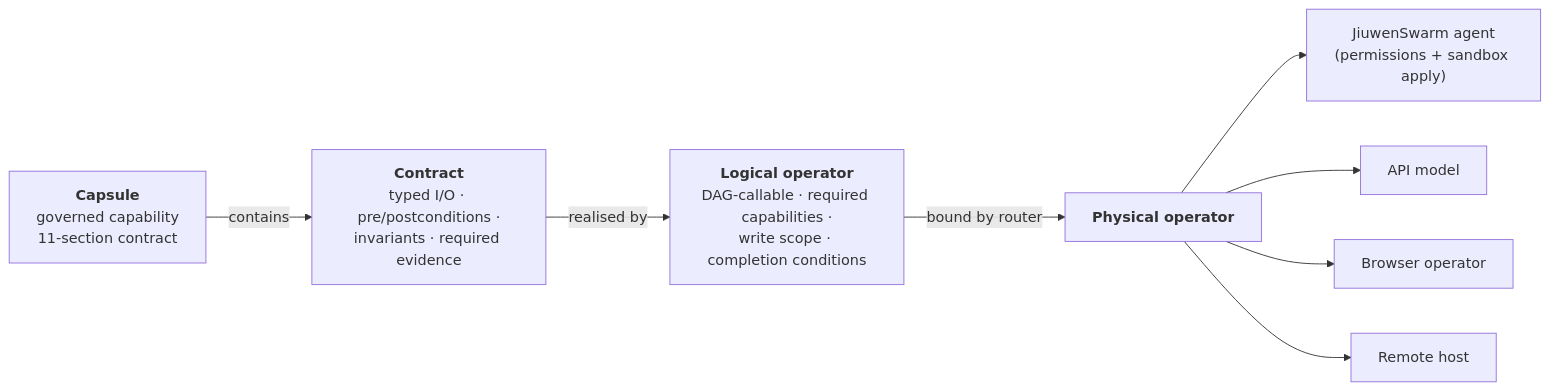
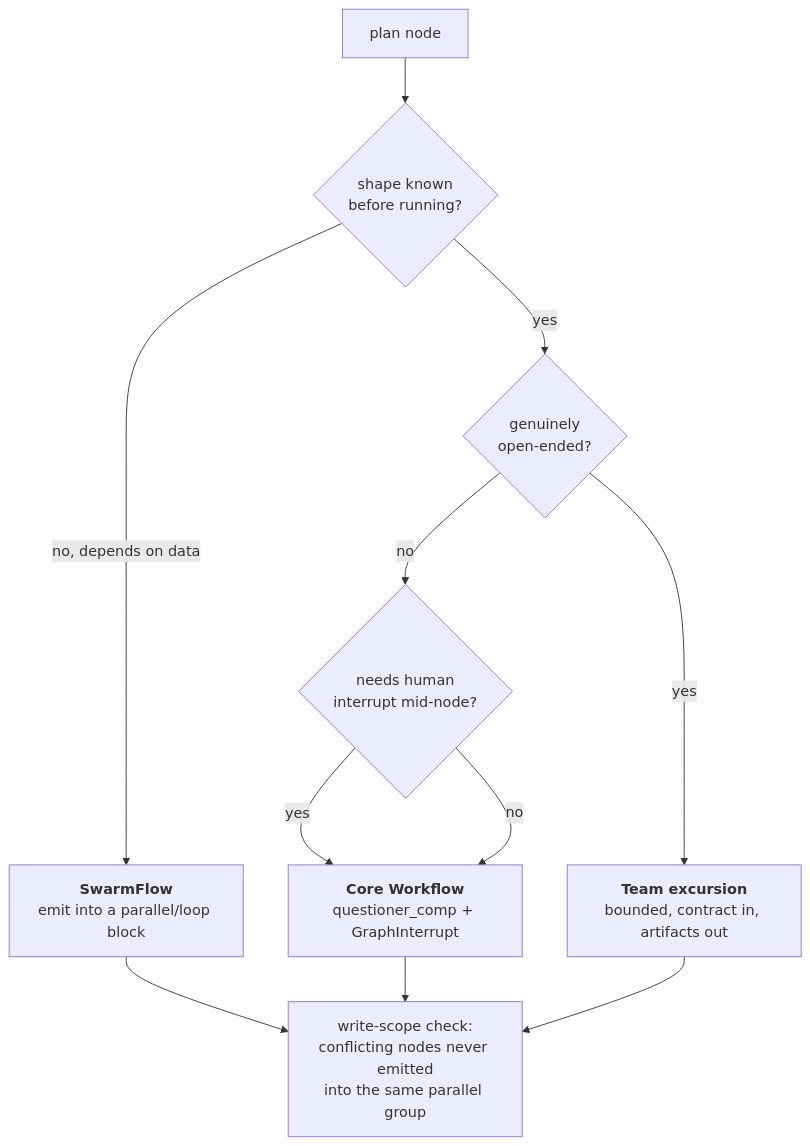
The second of 3 diagrams in docs/analysis/ai4rnd-jiuwenswarm/08-recommended-architecture.md (suraj-subrahmanyan/jiuwenswarm), drawn with Mermaid before and after one commit. The commit also changed other lines of this file and 14 other files, not shown here.

First line of the commit message:
docs(analysis): reopen architecture decision after openjiuwen mechanism inventory

````diff
--- a/docs/analysis/ai4rnd-jiuwenswarm/08-recommended-architecture.md
+++ b/docs/analysis/ai4rnd-jiuwenswarm/08-recommended-architecture.md
@@ -114,10 +116,11 @@
 ```mermaid
-flowchart LR
-    CAP["<b>Capsule</b><br/>governed capability<br/>11-section contract"] -->|"contains"| CON["<b>Contract</b><br/>typed I/O · pre/postconditions ·<br/>invariants · required evidence"]
-    CON -->|"realised by"| LOP["<b>Logical operator</b><br/>DAG-callable · required capabilities ·<br/>write scope · completion conditions"]
-    LOP -->|"bound by router"| POP["<b>Physical operator</b>"]
-    POP --> O1["JiuwenSwarm agent<br/>(permissions + sandbox apply)"]
-    POP --> O2["API model"]
-    POP --> O3["Browser operator"]
-    POP --> O4["Remote host"]
+flowchart TB
+    N["plan node"] --> Q1{"shape known<br/>before running?"}
+    Q1 -->|no, depends on data| SF["<b>SwarmFlow</b><br/>emit into a parallel/loop block"]
+    Q1 -->|yes| Q2{"genuinely<br/>open-ended?"}
+    Q2 -->|yes| TM["<b>Team excursion</b><br/>bounded, contract in, artifacts out"]
+    Q2 -->|no| Q3{"needs human<br/>interrupt mid-node?"}
+    Q3 -->|yes| CW["<b>Core Workflow</b><br/>questioner_comp + GraphInterrupt"]
+    Q3 -->|no| CW
+    SF & CW & TM --> WS["write-scope check:<br/>conflicting nodes never emitted<br/>into the same parallel group"]
 ```
````
